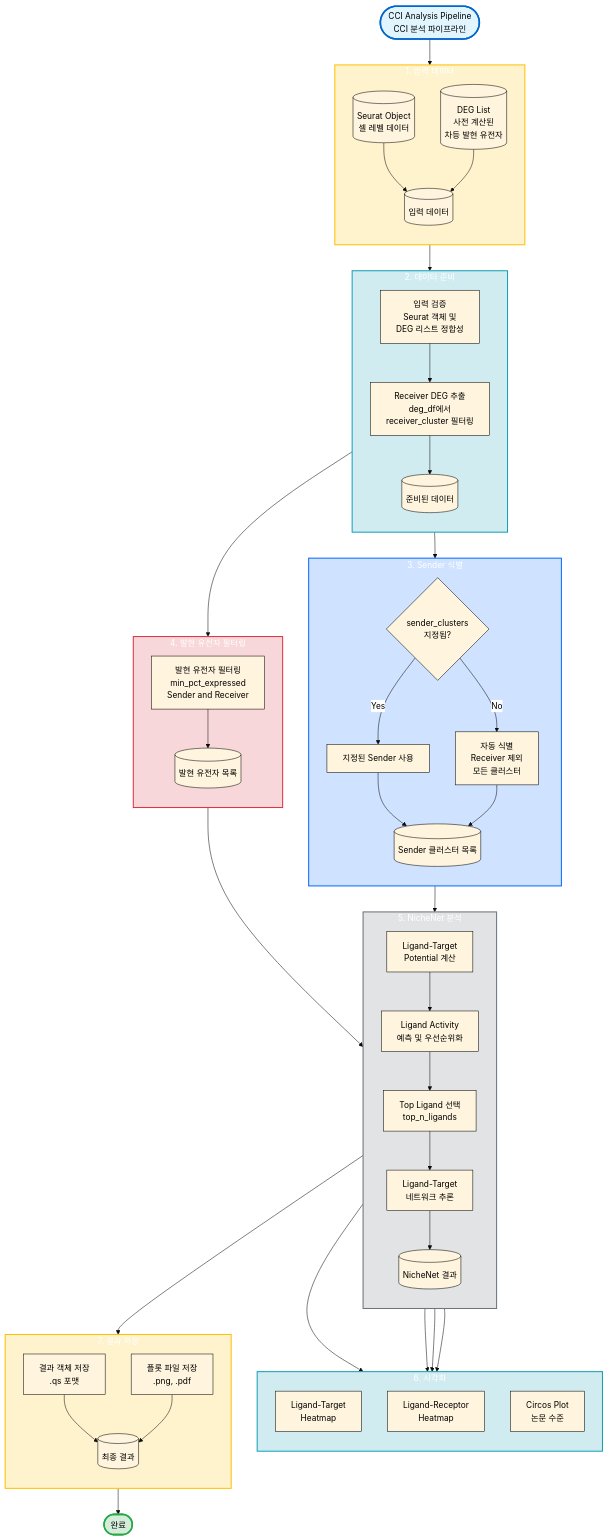
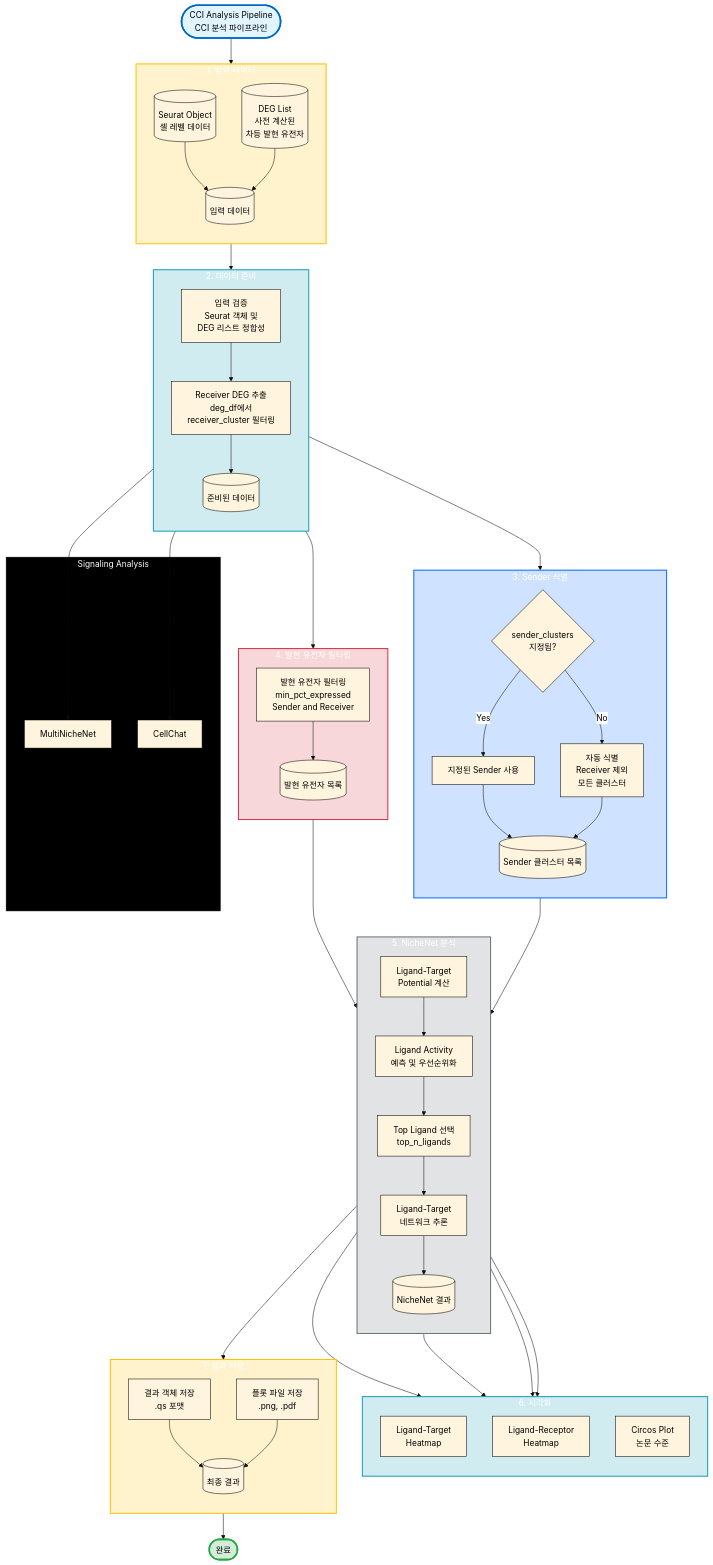
Before and after one commit to JasonK94/mylit: the first of 2 diagrams in docs/cci/CCI_INTEGRATED_GUIDE_KR.md, drawn with Mermaid. The commit also changed other lines of this file and 8 other files, not shown here.

```diff
--- a/docs/cci/CCI_INTEGRATED_GUIDE_KR.md
+++ b/docs/cci/CCI_INTEGRATED_GUIDE_KR.md
@@ -46,6 +46,14 @@
     end
     
     PrepData --> Sender
+    
+    subgraph Signal[Signaling Analysis]
+        MNN[MultiNicheNet]
+        CC[CellChat]
+    end
+
+    Prep --> MNN
+    Prep --> CC
     
     subgraph Sender["3. Sender 식별"]
         direction TB
```
